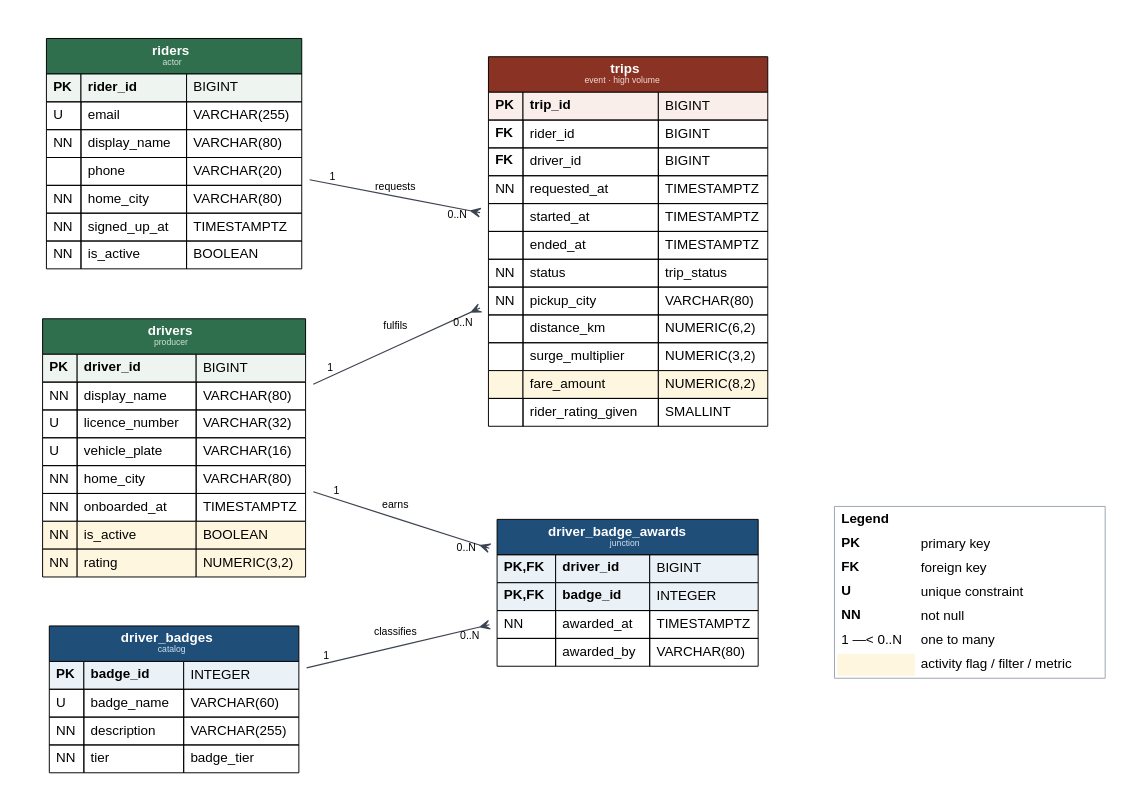
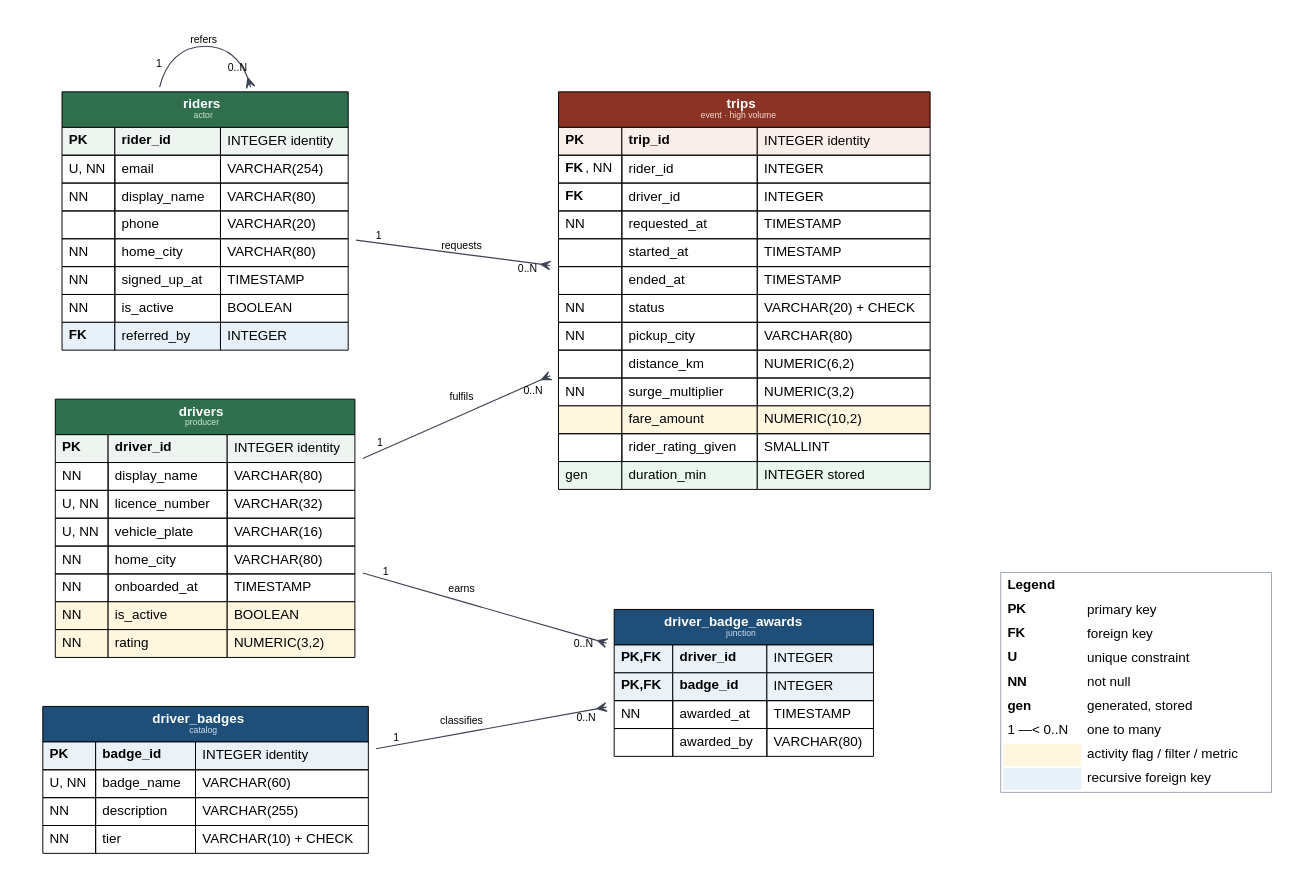
The diagram in schema/erd.dot (freddycmh/ex603-ride-sharing-database), drawn with Graphviz before and after one commit. The commit also changed 8 other files, not shown here.

```diff
--- a/schema/erd.dot
+++ b/schema/erd.dot
@@ -1,142 +1,159 @@
-// EX 603 Unit 1 - Entity Relationship Diagram
+// EX 603 Unit 2 - Entity Relationship Diagram
 // Theme 1: Ride Sharing
 //
 // Editable source for erd.png. Regenerate with:
-//     dot -Tpng erd.dot -o erd.png
+//     dot -Tpng -Gdpi=140 erd.dot -o erd.png
+//
+// UPDATED IN UNIT 2 to match schema.sql as built:
+//   - BIGINT -> INTEGER identity columns (course type table)
+//   - TIMESTAMPTZ -> TIMESTAMP
+//   - fare_amount NUMERIC(8,2) -> NUMERIC(10,2)
+//   - trip_status / badge_tier ENUM types -> VARCHAR + CHECK
+//   - riders.referred_by added (recursive FK, referral programme)
+//   - trips.duration_min added (generated, stored)
 //
 // PK = primary key, FK = foreign key, U = unique, NN = not null
-// Crow's foot notation: || = exactly one, o{ = zero or more, |{ = one or more
 
 digraph ERD {
     graph [
         rankdir = LR,
         bgcolor = "white",
         splines = spline,
         nodesep = 0.6,
-        ranksep = 1.5,
+        ranksep = 1.6,
         pad = 0.4,
         fontname = "Helvetica"
     ];
     node [
         shape = plaintext,
         fontname = "Helvetica"
     ];
     edge [
         fontname = "Helvetica",
         fontsize = 11,
         color = "#3d4451",
         penwidth = 1.2,
         arrowhead = none,
         arrowtail = none,
         labeldistance = 2.4,
         labelangle = 18,
         labelfontsize = 11
     ];
 
     // ---------- ENTITIES ----------
 
     riders [label = <
         <TABLE BORDER="0" CELLBORDER="1" CELLSPACING="0" CELLPADDING="6">
         <TR><TD BGCOLOR="#2f6f4e" COLSPAN="3"><FONT COLOR="white" POINT-SIZE="14"><B>riders</B></FONT><BR/><FONT COLOR="#cfe3d8" POINT-SIZE="9">actor</FONT></TD></TR>
-        <TR><TD BGCOLOR="#eef4f0" ALIGN="LEFT"><B>PK</B></TD><TD BGCOLOR="#eef4f0" ALIGN="LEFT"><B>rider_id</B></TD><TD BGCOLOR="#eef4f0" ALIGN="LEFT">BIGINT</TD></TR>
-        <TR><TD ALIGN="LEFT">U</TD><TD ALIGN="LEFT">email</TD><TD ALIGN="LEFT">VARCHAR(255)</TD></TR>
+        <TR><TD BGCOLOR="#eef4f0" ALIGN="LEFT"><B>PK</B></TD><TD BGCOLOR="#eef4f0" ALIGN="LEFT"><B>rider_id</B></TD><TD BGCOLOR="#eef4f0" ALIGN="LEFT">INTEGER identity</TD></TR>
+        <TR><TD ALIGN="LEFT">U, NN</TD><TD ALIGN="LEFT">email</TD><TD ALIGN="LEFT">VARCHAR(254)</TD></TR>
         <TR><TD ALIGN="LEFT">NN</TD><TD ALIGN="LEFT">display_name</TD><TD ALIGN="LEFT">VARCHAR(80)</TD></TR>
         <TR><TD ALIGN="LEFT"></TD><TD ALIGN="LEFT">phone</TD><TD ALIGN="LEFT">VARCHAR(20)</TD></TR>
         <TR><TD ALIGN="LEFT">NN</TD><TD ALIGN="LEFT">home_city</TD><TD ALIGN="LEFT">VARCHAR(80)</TD></TR>
-        <TR><TD ALIGN="LEFT">NN</TD><TD ALIGN="LEFT">signed_up_at</TD><TD ALIGN="LEFT">TIMESTAMPTZ</TD></TR>
+        <TR><TD ALIGN="LEFT">NN</TD><TD ALIGN="LEFT">signed_up_at</TD><TD ALIGN="LEFT">TIMESTAMP</TD></TR>
         <TR><TD ALIGN="LEFT">NN</TD><TD ALIGN="LEFT">is_active</TD><TD ALIGN="LEFT">BOOLEAN</TD></TR>
+        <TR><TD BGCOLOR="#e8f0fa" ALIGN="LEFT"><B>FK</B></TD><TD BGCOLOR="#e8f0fa" ALIGN="LEFT">referred_by</TD><TD BGCOLOR="#e8f0fa" ALIGN="LEFT">INTEGER</TD></TR>
         </TABLE>
     >];
 
     drivers [label = <
         <TABLE BORDER="0" CELLBORDER="1" CELLSPACING="0" CELLPADDING="6">
         <TR><TD BGCOLOR="#2f6f4e" COLSPAN="3"><FONT COLOR="white" POINT-SIZE="14"><B>drivers</B></FONT><BR/><FONT COLOR="#cfe3d8" POINT-SIZE="9">producer</FONT></TD></TR>
-        <TR><TD BGCOLOR="#eef4f0" ALIGN="LEFT"><B>PK</B></TD><TD BGCOLOR="#eef4f0" ALIGN="LEFT"><B>driver_id</B></TD><TD BGCOLOR="#eef4f0" ALIGN="LEFT">BIGINT</TD></TR>
+        <TR><TD BGCOLOR="#eef4f0" ALIGN="LEFT"><B>PK</B></TD><TD BGCOLOR="#eef4f0" ALIGN="LEFT"><B>driver_id</B></TD><TD BGCOLOR="#eef4f0" ALIGN="LEFT">INTEGER identity</TD></TR>
         <TR><TD ALIGN="LEFT">NN</TD><TD ALIGN="LEFT">display_name</TD><TD ALIGN="LEFT">VARCHAR(80)</TD></TR>
-        <TR><TD ALIGN="LEFT">U</TD><TD ALIGN="LEFT">licence_number</TD><TD ALIGN="LEFT">VARCHAR(32)</TD></TR>
-        <TR><TD ALIGN="LEFT">U</TD><TD ALIGN="LEFT">vehicle_plate</TD><TD ALIGN="LEFT">VARCHAR(16)</TD></TR>
+        <TR><TD ALIGN="LEFT">U, NN</TD><TD ALIGN="LEFT">licence_number</TD><TD ALIGN="LEFT">VARCHAR(32)</TD></TR>
+        <TR><TD ALIGN="LEFT">U, NN</TD><TD ALIGN="LEFT">vehicle_plate</TD><TD ALIGN="LEFT">VARCHAR(16)</TD></TR>
         <TR><TD ALIGN="LEFT">NN</TD><TD ALIGN="LEFT">home_city</TD><TD ALIGN="LEFT">VARCHAR(80)</TD></TR>
-        <TR><TD ALIGN="LEFT">NN</TD><TD ALIGN="LEFT">onboarded_at</TD><TD ALIGN="LEFT">TIMESTAMPTZ</TD></TR>
+        <TR><TD ALIGN="LEFT">NN</TD><TD ALIGN="LEFT">onboarded_at</TD><TD ALIGN="LEFT">TIMESTAMP</TD></TR>
         <TR><TD BGCOLOR="#fff6e0" ALIGN="LEFT">NN</TD><TD BGCOLOR="#fff6e0" ALIGN="LEFT">is_active</TD><TD BGCOLOR="#fff6e0" ALIGN="LEFT">BOOLEAN</TD></TR>
         <TR><TD BGCOLOR="#fff6e0" ALIGN="LEFT">NN</TD><TD BGCOLOR="#fff6e0" ALIGN="LEFT">rating</TD><TD BGCOLOR="#fff6e0" ALIGN="LEFT">NUMERIC(3,2)</TD></TR>
         </TABLE>
     >];
 
     trips [label = <
         <TABLE BORDER="0" CELLBORDER="1" CELLSPACING="0" CELLPADDING="6">
         <TR><TD BGCOLOR="#8a3324" COLSPAN="3"><FONT COLOR="white" POINT-SIZE="14"><B>trips</B></FONT><BR/><FONT COLOR="#f3d9d2" POINT-SIZE="9">event &#183; high volume</FONT></TD></TR>
-        <TR><TD BGCOLOR="#faeeeb" ALIGN="LEFT"><B>PK</B></TD><TD BGCOLOR="#faeeeb" ALIGN="LEFT"><B>trip_id</B></TD><TD BGCOLOR="#faeeeb" ALIGN="LEFT">BIGINT</TD></TR>
-        <TR><TD ALIGN="LEFT"><B>FK</B></TD><TD ALIGN="LEFT">rider_id</TD><TD ALIGN="LEFT">BIGINT</TD></TR>
-        <TR><TD ALIGN="LEFT"><B>FK</B></TD><TD ALIGN="LEFT">driver_id</TD><TD ALIGN="LEFT">BIGINT</TD></TR>
-        <TR><TD ALIGN="LEFT">NN</TD><TD ALIGN="LEFT">requested_at</TD><TD ALIGN="LEFT">TIMESTAMPTZ</TD></TR>
-        <TR><TD ALIGN="LEFT"></TD><TD ALIGN="LEFT">started_at</TD><TD ALIGN="LEFT">TIMESTAMPTZ</TD></TR>
-        <TR><TD ALIGN="LEFT"></TD><TD ALIGN="LEFT">ended_at</TD><TD ALIGN="LEFT">TIMESTAMPTZ</TD></TR>
-        <TR><TD ALIGN="LEFT">NN</TD><TD ALIGN="LEFT">status</TD><TD ALIGN="LEFT">trip_status</TD></TR>
+        <TR><TD BGCOLOR="#faeeeb" ALIGN="LEFT"><B>PK</B></TD><TD BGCOLOR="#faeeeb" ALIGN="LEFT"><B>trip_id</B></TD><TD BGCOLOR="#faeeeb" ALIGN="LEFT">INTEGER identity</TD></TR>
+        <TR><TD ALIGN="LEFT"><B>FK</B>, NN</TD><TD ALIGN="LEFT">rider_id</TD><TD ALIGN="LEFT">INTEGER</TD></TR>
+        <TR><TD ALIGN="LEFT"><B>FK</B></TD><TD ALIGN="LEFT">driver_id</TD><TD ALIGN="LEFT">INTEGER</TD></TR>
+        <TR><TD ALIGN="LEFT">NN</TD><TD ALIGN="LEFT">requested_at</TD><TD ALIGN="LEFT">TIMESTAMP</TD></TR>
+        <TR><TD ALIGN="LEFT"></TD><TD ALIGN="LEFT">started_at</TD><TD ALIGN="LEFT">TIMESTAMP</TD></TR>
+        <TR><TD ALIGN="LEFT"></TD><TD ALIGN="LEFT">ended_at</TD><TD ALIGN="LEFT">TIMESTAMP</TD></TR>
+        <TR><TD ALIGN="LEFT">NN</TD><TD ALIGN="LEFT">status</TD><TD ALIGN="LEFT">VARCHAR(20) + CHECK</TD></TR>
         <TR><TD ALIGN="LEFT">NN</TD><TD ALIGN="LEFT">pickup_city</TD><TD ALIGN="LEFT">VARCHAR(80)</TD></TR>
         <TR><TD ALIGN="LEFT"></TD><TD ALIGN="LEFT">distance_km</TD><TD ALIGN="LEFT">NUMERIC(6,2)</TD></TR>
-        <TR><TD ALIGN="LEFT"></TD><TD ALIGN="LEFT">surge_multiplier</TD><TD ALIGN="LEFT">NUMERIC(3,2)</TD></TR>
-        <TR><TD BGCOLOR="#fff6e0" ALIGN="LEFT"></TD><TD BGCOLOR="#fff6e0" ALIGN="LEFT">fare_amount</TD><TD BGCOLOR="#fff6e0" ALIGN="LEFT">NUMERIC(8,2)</TD></TR>
+        <TR><TD ALIGN="LEFT">NN</TD><TD ALIGN="LEFT">surge_multiplier</TD><TD ALIGN="LEFT">NUMERIC(3,2)</TD></TR>
+        <TR><TD BGCOLOR="#fff6e0" ALIGN="LEFT"></TD><TD BGCOLOR="#fff6e0" ALIGN="LEFT">fare_amount</TD><TD BGCOLOR="#fff6e0" ALIGN="LEFT">NUMERIC(10,2)</TD></TR>
         <TR><TD ALIGN="LEFT"></TD><TD ALIGN="LEFT">rider_rating_given</TD><TD ALIGN="LEFT">SMALLINT</TD></TR>
+        <TR><TD BGCOLOR="#eaf7ee" ALIGN="LEFT">gen</TD><TD BGCOLOR="#eaf7ee" ALIGN="LEFT">duration_min</TD><TD BGCOLOR="#eaf7ee" ALIGN="LEFT">INTEGER stored</TD></TR>
         </TABLE>
     >];
 
     driver_badges [label = <
         <TABLE BORDER="0" CELLBORDER="1" CELLSPACING="0" CELLPADDING="6">
         <TR><TD BGCOLOR="#1f4e79" COLSPAN="3"><FONT COLOR="white" POINT-SIZE="14"><B>driver_badges</B></FONT><BR/><FONT COLOR="#cfe0ef" POINT-SIZE="9">catalog</FONT></TD></TR>
-        <TR><TD BGCOLOR="#eaf1f7" ALIGN="LEFT"><B>PK</B></TD><TD BGCOLOR="#eaf1f7" ALIGN="LEFT"><B>badge_id</B></TD><TD BGCOLOR="#eaf1f7" ALIGN="LEFT">INTEGER</TD></TR>
-        <TR><TD ALIGN="LEFT">U</TD><TD ALIGN="LEFT">badge_name</TD><TD ALIGN="LEFT">VARCHAR(60)</TD></TR>
+        <TR><TD BGCOLOR="#eaf1f7" ALIGN="LEFT"><B>PK</B></TD><TD BGCOLOR="#eaf1f7" ALIGN="LEFT"><B>badge_id</B></TD><TD BGCOLOR="#eaf1f7" ALIGN="LEFT">INTEGER identity</TD></TR>
+        <TR><TD ALIGN="LEFT">U, NN</TD><TD ALIGN="LEFT">badge_name</TD><TD ALIGN="LEFT">VARCHAR(60)</TD></TR>
         <TR><TD ALIGN="LEFT">NN</TD><TD ALIGN="LEFT">description</TD><TD ALIGN="LEFT">VARCHAR(255)</TD></TR>
-        <TR><TD ALIGN="LEFT">NN</TD><TD ALIGN="LEFT">tier</TD><TD ALIGN="LEFT">badge_tier</TD></TR>
+        <TR><TD ALIGN="LEFT">NN</TD><TD ALIGN="LEFT">tier</TD><TD ALIGN="LEFT">VARCHAR(10) + CHECK</TD></TR>
         </TABLE>
     >];
 
     driver_badge_awards [label = <
         <TABLE BORDER="0" CELLBORDER="1" CELLSPACING="0" CELLPADDING="6">
         <TR><TD BGCOLOR="#1f4e79" COLSPAN="3"><FONT COLOR="white" POINT-SIZE="14"><B>driver_badge_awards</B></FONT><BR/><FONT COLOR="#cfe0ef" POINT-SIZE="9">junction</FONT></TD></TR>
-        <TR><TD BGCOLOR="#eaf1f7" ALIGN="LEFT"><B>PK,FK</B></TD><TD BGCOLOR="#eaf1f7" ALIGN="LEFT"><B>driver_id</B></TD><TD BGCOLOR="#eaf1f7" ALIGN="LEFT">BIGINT</TD></TR>
+        <TR><TD BGCOLOR="#eaf1f7" ALIGN="LEFT"><B>PK,FK</B></TD><TD BGCOLOR="#eaf1f7" ALIGN="LEFT"><B>driver_id</B></TD><TD BGCOLOR="#eaf1f7" ALIGN="LEFT">INTEGER</TD></TR>
         <TR><TD BGCOLOR="#eaf1f7" ALIGN="LEFT"><B>PK,FK</B></TD><TD BGCOLOR="#eaf1f7" ALIGN="LEFT"><B>badge_id</B></TD><TD BGCOLOR="#eaf1f7" ALIGN="LEFT">INTEGER</TD></TR>
-        <TR><TD ALIGN="LEFT">NN</TD><TD ALIGN="LEFT">awarded_at</TD><TD ALIGN="LEFT">TIMESTAMPTZ</TD></TR>
+        <TR><TD ALIGN="LEFT">NN</TD><TD ALIGN="LEFT">awarded_at</TD><TD ALIGN="LEFT">TIMESTAMP</TD></TR>
         <TR><TD ALIGN="LEFT"></TD><TD ALIGN="LEFT">awarded_by</TD><TD ALIGN="LEFT">VARCHAR(80)</TD></TR>
         </TABLE>
     >];
 
     // ---------- RELATIONSHIPS ----------
 
+    riders -> riders [
+        taillabel = "1", headlabel = "0..N",
+        label = "  refers  ",
+        dir = both, arrowtail = none, arrowhead = crow
+    ];
+
     riders -> trips [
         taillabel = "1", headlabel = "0..N",
         label = "  requests  ",
-        arrowtail = none, dir = both, arrowhead = crow
+        dir = both, arrowtail = none, arrowhead = crow
     ];
 
     drivers -> trips [
         taillabel = "1", headlabel = "0..N",
         label = "  fulfils  ",
-        arrowtail = none, dir = both, arrowhead = crow
+        dir = both, arrowtail = none, arrowhead = crow
     ];
 
     drivers -> driver_badge_awards [
         taillabel = "1", headlabel = "0..N",
         label = "  earns  ",
-        arrowtail = none, dir = both, arrowhead = crow
+        dir = both, arrowtail = none, arrowhead = crow
     ];
 
     driver_badges -> driver_badge_awards [
         taillabel = "1", headlabel = "0..N",
         label = "  classifies  ",
-        arrowtail = none, dir = both, arrowhead = crow
+        dir = both, arrowtail = none, arrowhead = crow
     ];
 
     // ---------- LEGEND ----------
     legend [label = <
         <TABLE BORDER="1" CELLBORDER="0" CELLSPACING="2" CELLPADDING="4" COLOR="#9aa5b1">
         <TR><TD ALIGN="LEFT" COLSPAN="2"><B>Legend</B></TD></TR>
         <TR><TD ALIGN="LEFT"><B>PK</B></TD><TD ALIGN="LEFT">primary key</TD></TR>
         <TR><TD ALIGN="LEFT"><B>FK</B></TD><TD ALIGN="LEFT">foreign key</TD></TR>
         <TR><TD ALIGN="LEFT"><B>U</B></TD><TD ALIGN="LEFT">unique constraint</TD></TR>
         <TR><TD ALIGN="LEFT"><B>NN</B></TD><TD ALIGN="LEFT">not null</TD></TR>
+        <TR><TD ALIGN="LEFT"><B>gen</B></TD><TD ALIGN="LEFT">generated, stored</TD></TR>
         <TR><TD ALIGN="LEFT">1 &#8212;&lt; 0..N</TD><TD ALIGN="LEFT">one to many</TD></TR>
         <TR><TD BGCOLOR="#fff6e0" ALIGN="LEFT">  </TD><TD ALIGN="LEFT">activity flag / filter / metric</TD></TR>
+        <TR><TD BGCOLOR="#e8f0fa" ALIGN="LEFT">  </TD><TD ALIGN="LEFT">recursive foreign key</TD></TR>
         </TABLE>
     >];
     { rank = sink; legend; }
 }
```
